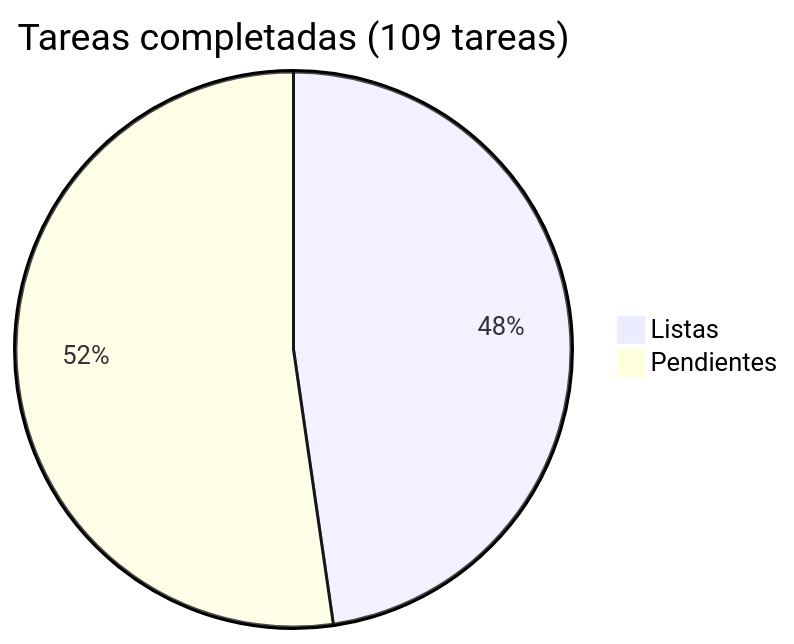
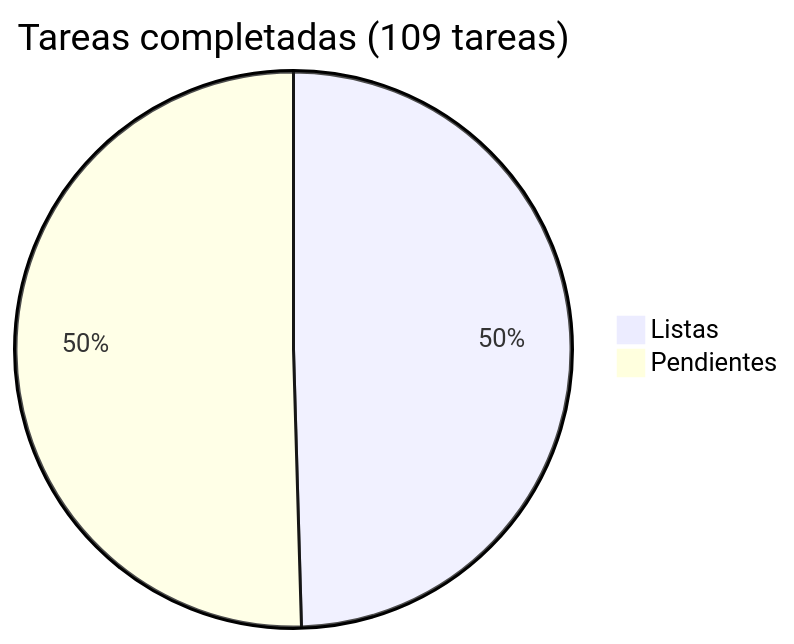
The diagram in docs/roadmap/README.md (araguaney-lat/araguaney), drawn with Mermaid before and after one commit. The commit also changed other lines of this file and 1 other file, not shown here.

Commit message:
docs: mark Phase 4 tasks 7-8 done (WAF + Turnstile QR)

````diff
--- a/docs/roadmap/README.md
+++ b/docs/roadmap/README.md
@@ -5,5 +5,5 @@
 ```mermaid
 pie title Tareas completadas (109 tareas)
-    "Listas" : 52
-    "Pendientes" : 57
+    "Listas" : 54
+    "Pendientes" : 55
 ```
````
